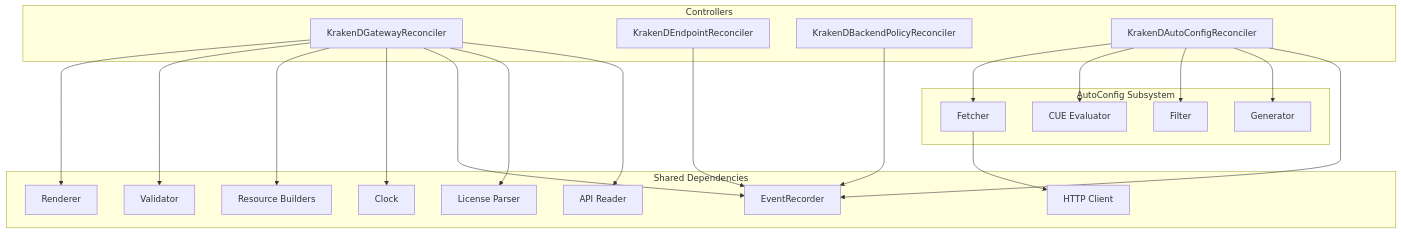
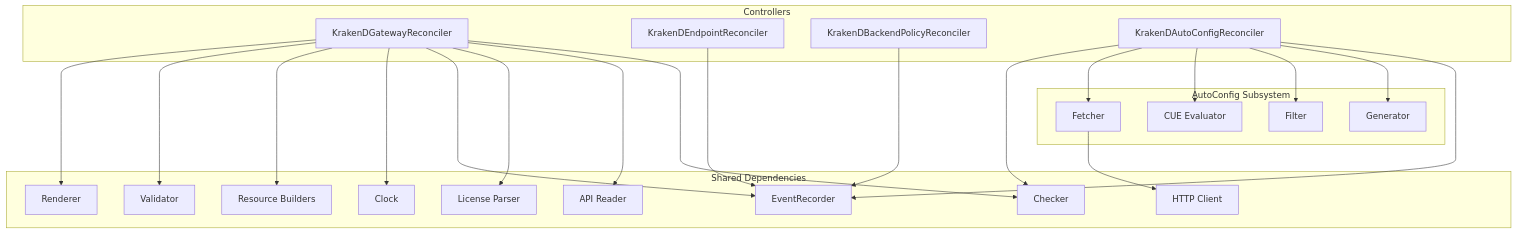
One commit to MyCarrier-DevOps/KrakenD-Operator changed the second of 10 diagrams in architecture/application/application-architecture.md. Above: the diagram before and after it, drawn with Mermaid. The commit also changed other lines of this file, not shown here.

````diff
--- a/architecture/application/application-architecture.md
+++ b/architecture/application/application-architecture.md
@@ -839,43 +870,46 @@
 ```mermaid
 graph TB
     subgraph "Controllers"
         GC[KrakenDGatewayReconciler]
         EC[KrakenDEndpointReconciler]
         PC[KrakenDBackendPolicyReconciler]
         ACC[KrakenDAutoConfigReconciler]
     end
 
     subgraph "Shared Dependencies"
         R[Renderer]
         V[Validator]
         RB[Resource Builders]
         CL[Clock]
         REC[EventRecorder]
         HC[HTTP Client]
         LP[License Parser]
         AR[API Reader]
+        CK[Checker]
     end
 
     subgraph "AutoConfig Subsystem"
         FE[Fetcher]
         CUE_E[CUE Evaluator]
         FI[Filter]
         GEN[Generator]
     end
 
     GC --> R
     GC --> V
     GC --> RB
     GC --> CL
     GC --> REC
     GC --> LP
     GC --> AR
+    GC --> CK
+    ACC --> CK
     ACC --> FE
     ACC --> CUE_E
     ACC --> FI
     ACC --> GEN
     ACC --> REC
     FE --> HC
     EC --> REC
     PC --> REC
 ```
````
